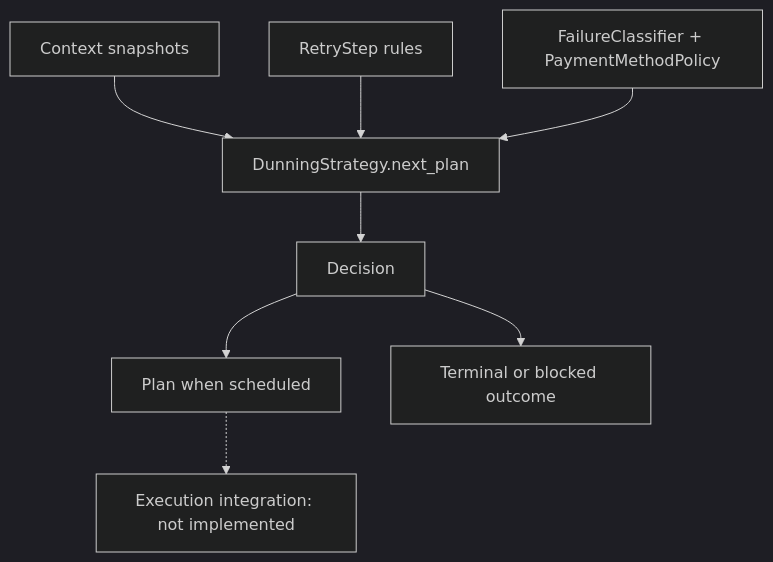
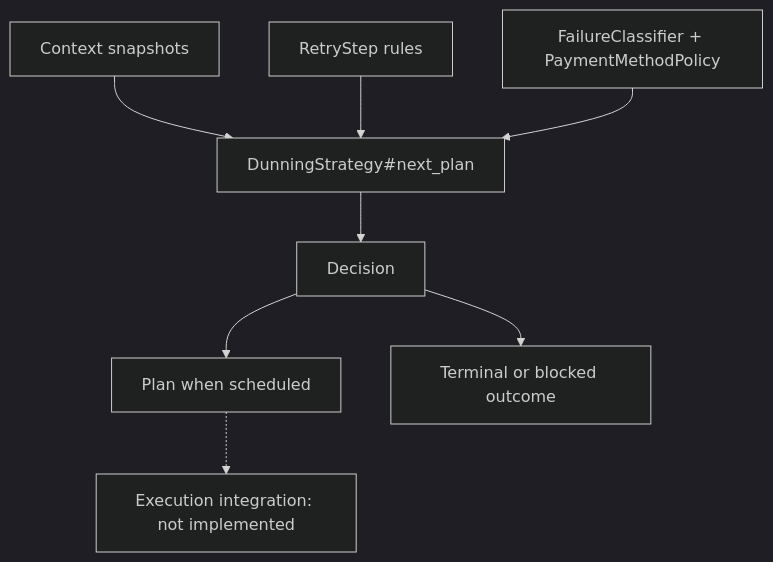
The fifth of 5 diagrams in README.md (Myuzu/guileful_charger), drawn with Mermaid (dark theme) before and after one commit.

Commit message:
docs: use instance-method notation for the rebilling planner

````diff
--- a/README.md
+++ b/README.md
@@ -220,10 +220,10 @@
 ```mermaid
 flowchart TD
-    Context["Context snapshots"] --> Strategy["DunningStrategy.next_plan"]
+    Context["Context snapshots"] --> Strategy["DunningStrategy#next_plan"]
     Steps["RetryStep rules"] --> Strategy
     Policies["FailureClassifier + PaymentMethodPolicy"] --> Strategy
     Strategy --> Decision["Decision"]
     Decision --> Plan["Plan when scheduled"]
     Decision --> Stop["Terminal or blocked outcome"]
     Plan -.-> Missing["Execution integration: not implemented"]
 ```
````
